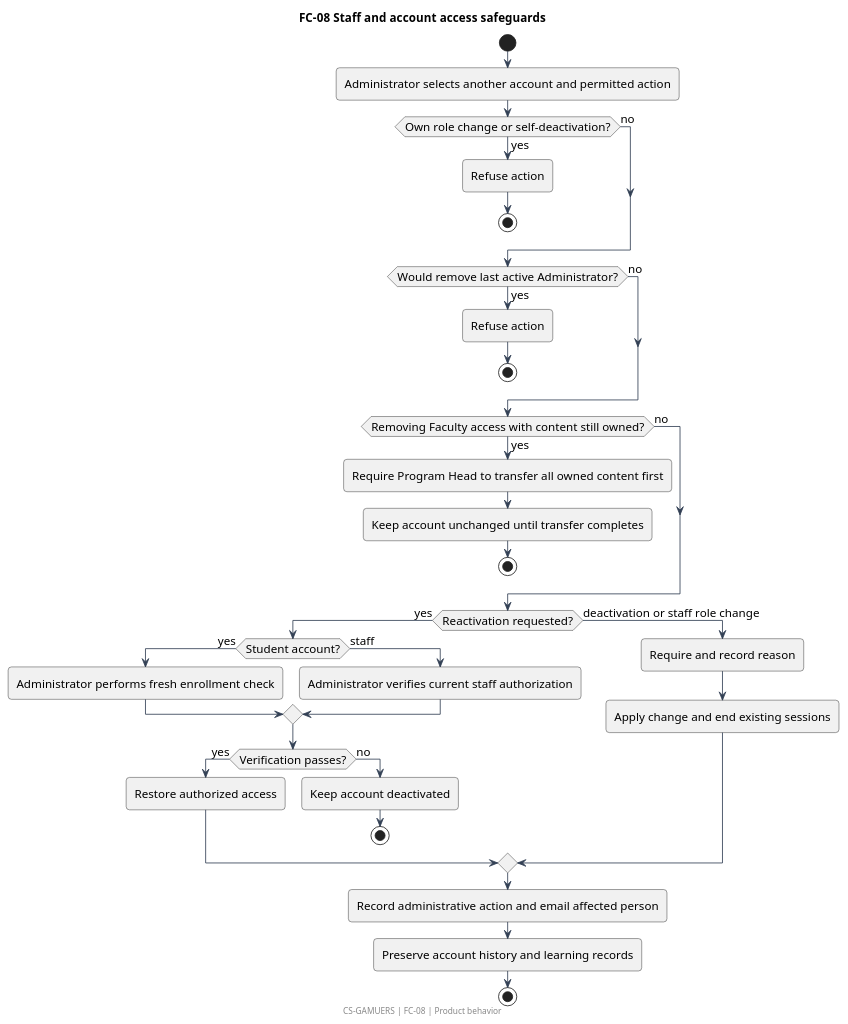
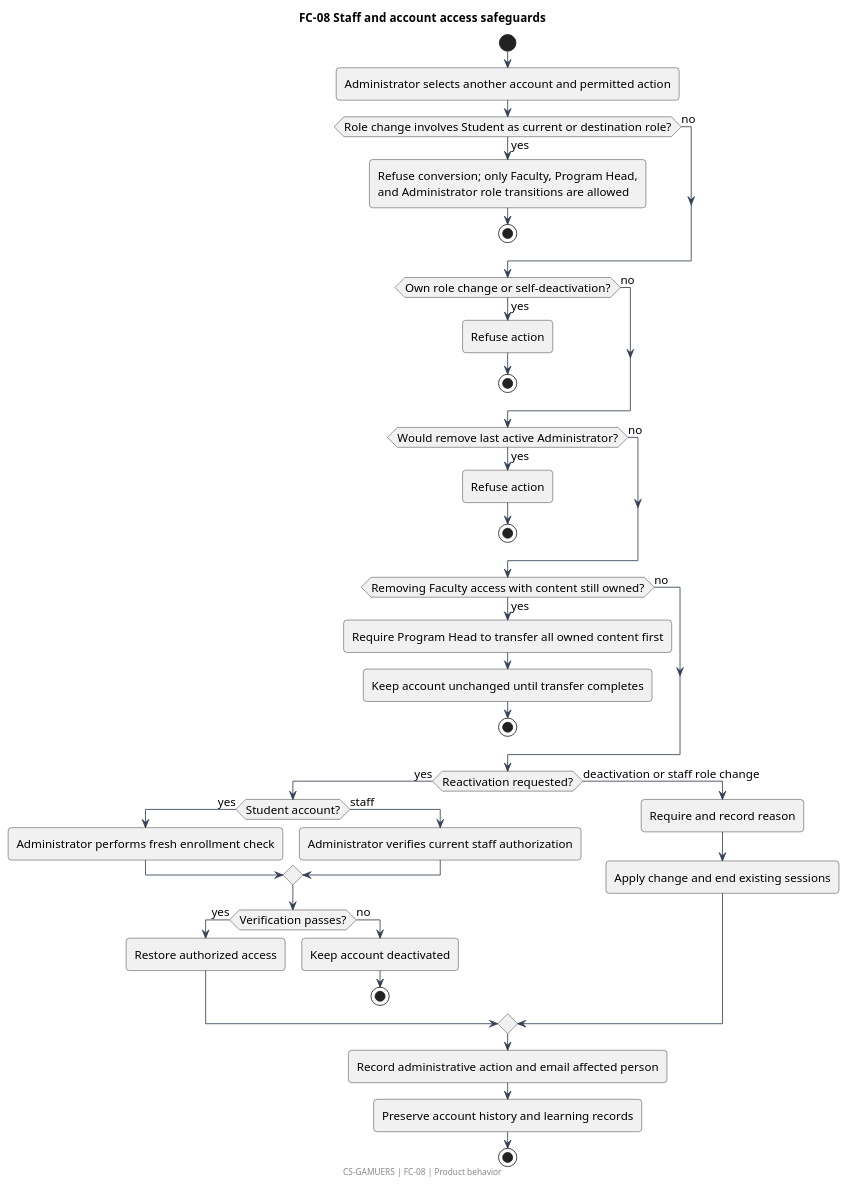
One commit to noelorph/cs-gamuers changed the diagram in docs/diagrams/flowcharts/fc-08.puml. Above: the diagram before and after it, drawn with PlantUML. The commit also changed 26 other files, not shown here.

Commit message:
docs: define approved architecture and align project documentation

```diff
--- a/docs/diagrams/flowcharts/fc-08.puml
+++ b/docs/diagrams/flowcharts/fc-08.puml
@@ -1,54 +1,59 @@
 @startuml
 !pragma layout smetana
 skinparam backgroundColor white
 skinparam shadowing false
 skinparam defaultFontName SansSerif
 skinparam defaultFontSize 14
 skinparam ArrowColor #334155
 skinparam BorderColor #334155
 skinparam NoteBackgroundColor #FFF8DC
 skinparam NoteBorderColor #B6A16C
 skinparam roundcorner 8
 skinparam sequenceMessageAlign center
 skinparam maxMessageSize 300
 title FC-08  Staff and account access safeguards
 ' Requirements: PERM-01 PERM-04 ACC-11 ACC-12 ACC-17 ACC-18 ACC-19 NOTICE-01 NOTICE-02 REPORT-03 P-08
 start
 :Administrator selects another account and permitted action;
+if (Role change involves Student as current or destination role?) then (yes)
+  :Refuse conversion; only Faculty, Program Head,\nand Administrator role transitions are allowed;
+  stop
+else (no)
+endif
 if (Own role change or self-deactivation?) then (yes)
   :Refuse action;
   stop
 else (no)
 endif
 if (Would remove last active Administrator?) then (yes)
   :Refuse action;
   stop
 else (no)
 endif
 if (Removing Faculty access with content still owned?) then (yes)
   :Require Program Head to transfer all owned content first;
   :Keep account unchanged until transfer completes;
   stop
 else (no)
 endif
 if (Reactivation requested?) then (yes)
   if (Student account?) then (yes)
     :Administrator performs fresh enrollment check;
   else (staff)
     :Administrator verifies current staff authorization;
   endif
   if (Verification passes?) then (yes)
     :Restore authorized access;
   else (no)
     :Keep account deactivated;
     stop
   endif
 else (deactivation or staff role change)
   :Require and record reason;
   :Apply change and end existing sessions;
 endif
 :Record administrative action and email affected person;
 :Preserve account history and learning records;
 stop
 footer CS-GAMUERS | FC-08 | Product behavior
 @enduml
```
